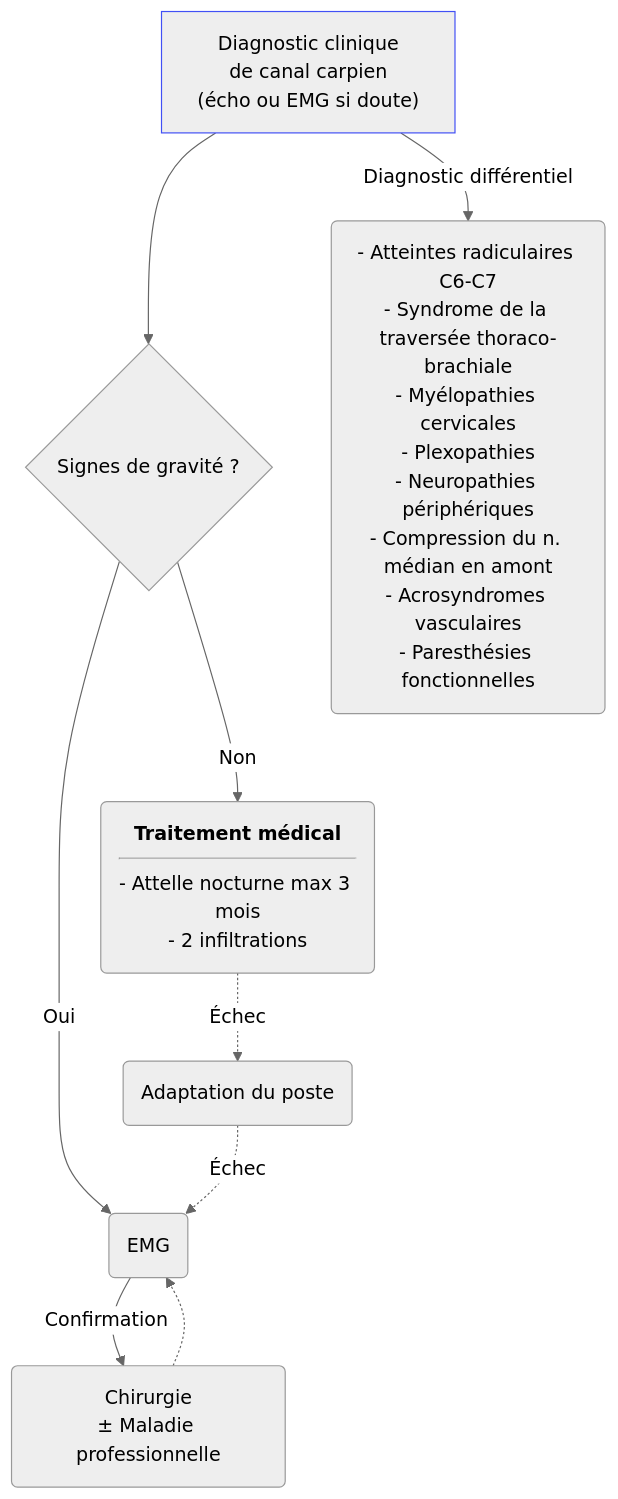
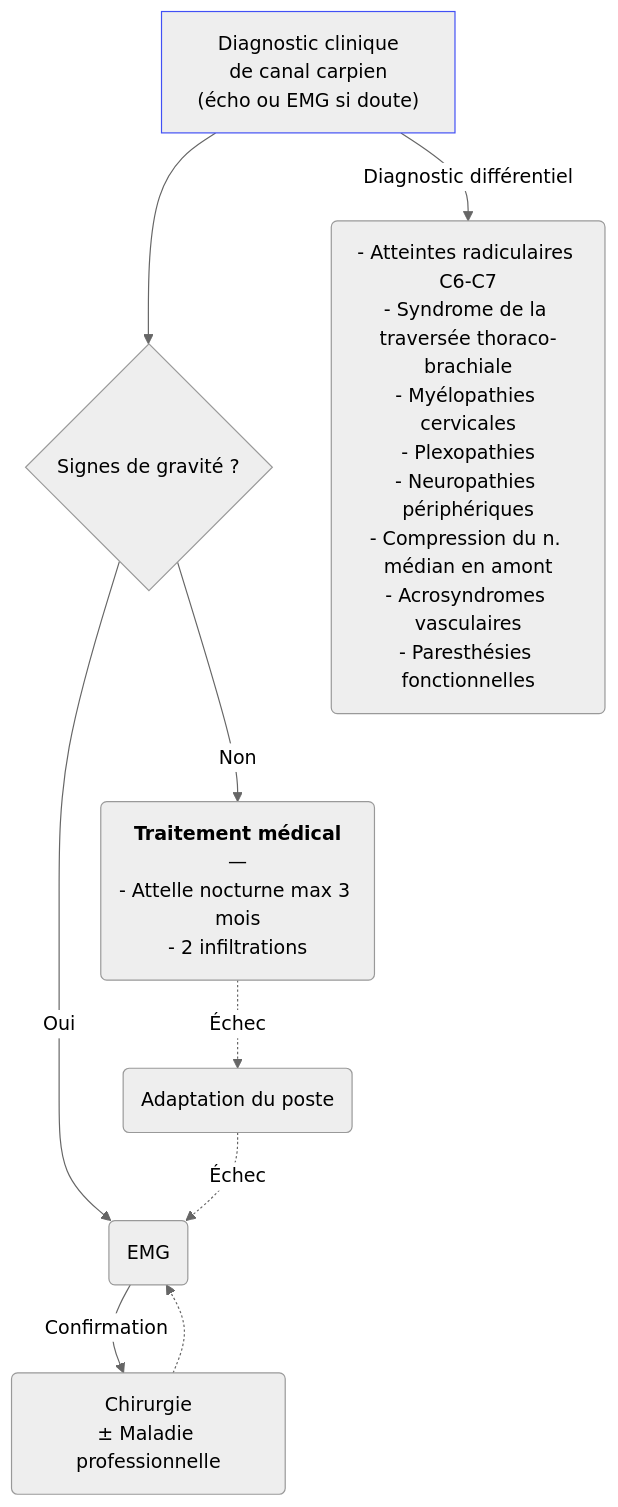
The diagram in content/recommandations/syndrome-canal-carpien.md (djibe/recommandations-medicales), drawn with Mermaid (neutral theme) before and after one commit. The commit also changed 51 other files, not shown here.

```diff
--- a/content/recommandations/syndrome-canal-carpien.md
+++ b/content/recommandations/syndrome-canal-carpien.md
@@ -235,8 +235,8 @@
 {{< mermaid title="Prise en charge d'un syndrome du canal carpien. Dr JB Fron d'après HAS 2013 et Ameli 2021" >}}
 graph TD
 diagnostic["Diagnostic clinique<br>de canal carpien<br>(écho ou EMG si doute)"] --> gravite{Signes de gravité ?}
 style diagnostic stroke:#4150f5, stroke-width:1px
 diagnostic -- Diagnostic différentiel --> differentiel("- Atteintes radiculaires C6-C7<br>- Syndrome de la traversée thoraco-brachiale<br>- Myélopathies cervicales<br>- Plexopathies<br>- Neuropathies périphériques<br>- Compression du n. médian en amont<br>- Acrosyndromes vasculaires<br>- Paresthésies fonctionnelles")
   gravite -- Oui --> emg(EMG) -- Confirmation --> chir("Chirurgie<br>&plusmn; Maladie professionnelle") -.-> emg
-  gravite -- Non --> medical("<strong>Traitement médical</strong><hr>- Attelle nocturne max 3 mois<br>- 2 infiltrations") -. Échec .-> medTravail(Adaptation du poste) -. Échec .-> emg
+  gravite -- Non --> medical("<strong>Traitement médical</strong><br>—<br>- Attelle nocturne max 3 mois<br>- 2 infiltrations") -. Échec .-> medTravail(Adaptation du poste) -. Échec .-> emg
 {{< /mermaid >}}
```
